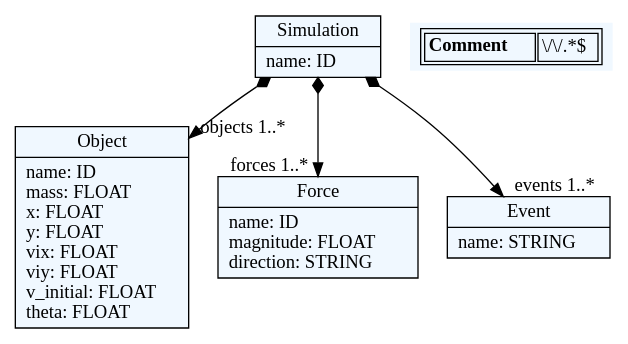
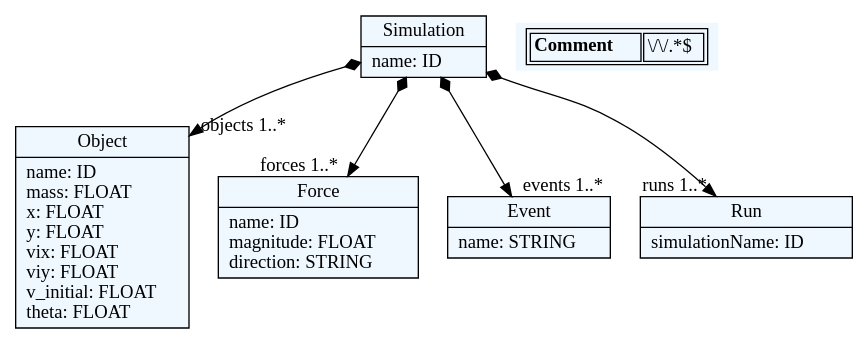
Before and after one commit to khoin119/Physix: the diagram in Physix/physix_meta.dot, drawn with Graphviz.

```diff
--- a/Physix/physix_meta.dot
+++ b/Physix/physix_meta.dot
@@ -1,34 +1,37 @@
 
     digraph textX {
     fontname = "Bitstream Vera Sans"
     fontsize = 8
     node[
         shape=record,
         style=filled,
         fillcolor=aliceblue
     ]
     nodesep = 0.3
     edge[dir=black,arrowtail=empty]
 
 
-4678599888[ label="{Simulation|name: ID\l}"]
+4683436384[ label="{Simulation|name: ID\l}"]
 
-4678599984[ label="{Object|name: ID\lmass: FLOAT\lx: FLOAT\ly: FLOAT\lvix: FLOAT\lviy: FLOAT\lv_initial: FLOAT\ltheta: FLOAT\l}"]
+4683436480[ label="{Object|name: ID\lmass: FLOAT\lx: FLOAT\ly: FLOAT\lvix: FLOAT\lviy: FLOAT\lv_initial: FLOAT\ltheta: FLOAT\l}"]
 
-4678600080[ label="{Force|name: ID\lmagnitude: FLOAT\ldirection: STRING\l}"]
+4683436576[ label="{Force|name: ID\lmagnitude: FLOAT\ldirection: STRING\l}"]
 
-4678600176[ label="{Event|name: STRING\l}"]
+4683436672[ label="{Event|name: STRING\l}"]
+
+4683436768[ label="{Run|simulationName: ID\l}"]
 
 
 
-4678599888 -> 4678599984[arrowtail=diamond, dir=both, headlabel="objects 1..*"]
-4678599888 -> 4678600080[arrowtail=diamond, dir=both, headlabel="forces 1..*"]
-4678599888 -> 4678600176[arrowtail=diamond, dir=both, headlabel="events 1..*"]
+4683436384 -> 4683436480[arrowtail=diamond, dir=both, headlabel="objects 1..*"]
+4683436384 -> 4683436576[arrowtail=diamond, dir=both, headlabel="forces 1..*"]
+4683436384 -> 4683436672[arrowtail=diamond, dir=both, headlabel="events 1..*"]
+4683436384 -> 4683436768[arrowtail=diamond, dir=both, headlabel="runs 1..*"]
 match_rules [ shape=plaintext, label=< <table>
 	<tr>
 		<td><b>Comment</b></td><td>\/\/.*$</td>
 	</tr>
 </table> >]
 
 
 }
```
